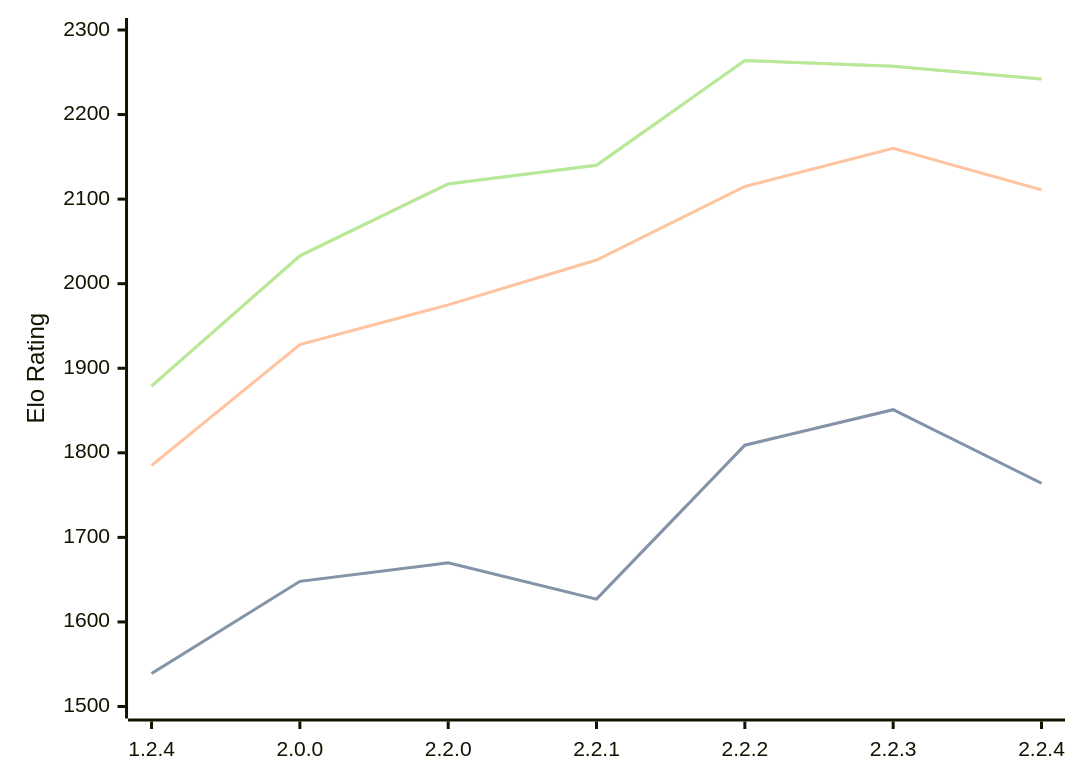
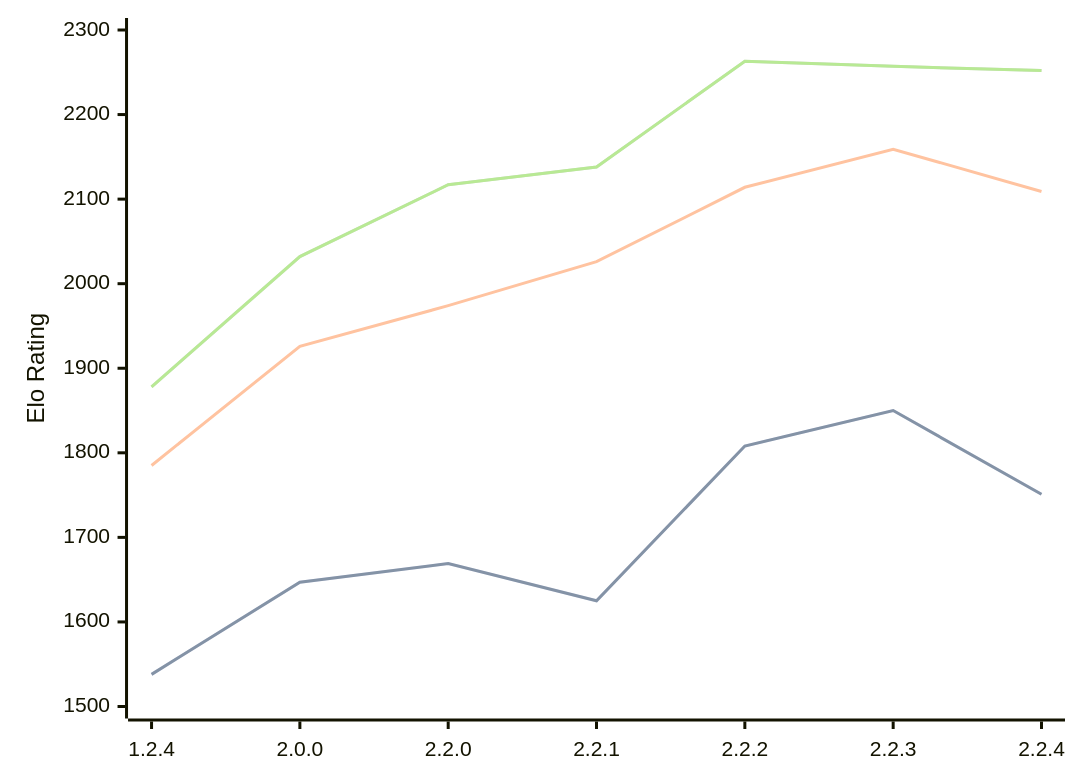
The diagram in engines/Kreveta.md (computer-chess-index/cci), drawn with Mermaid before and after one commit. The commit also changed other lines of this file, not shown here.

Commit message:
Update CCI Ratings (ELO VLTC) - 2026-03-07

````diff
--- a/engines/Kreveta.md
+++ b/engines/Kreveta.md
@@ -38,11 +38,11 @@
 ```mermaid
 %%{init: {"theme":"base","themeVariables":{"seriesColors:['#a3a3a3','#222221','#faa371']}}}%%
 xychart-beta
   x-axis ["1.2.4", "2.0.0", "2.2.0", "2.2.1", "2.2.2", "2.2.3", "2.2.4"]
   y-axis "Elo Rating" 1500 --> 2300
-  line "STC (8.0+0.08s)" [1539, 1648, 1670, 1627, 1809, 1851, 1764]
-  line "STC (8.0+0.08s)" [1539, 1648, 1670, 1627, 1809, 1851, 1764]
-  line "LTC (60.0+0.60s)" [1785, 1928, 1975, 2028, 2115, 2160, 2111]
-  line "VLTC (2m24s+1.12s)" [1879, 2033, 2118, 2140, 2264, 2257, 2242]
-  line "VLTC (2m24s+1.12s)" [1879, 2033, 2118, 2140, 2264, 2257, 2242]
+  line "STC (8.0+0.08s)" [1538, 1647, 1669, 1625, 1808, 1850, 1751]
+  line "STC (8.0+0.08s)" [1538, 1647, 1669, 1625, 1808, 1850, 1751]
+  line "LTC (60.0+0.60s)" [1785, 1926, 1974, 2026, 2114, 2159, 2109]
+  line "VLTC (2m24s+1.12s)" [1878, 2032, 2117, 2138, 2263, 2257, 2252]
+  line "VLTC (2m24s+1.12s)" [1878, 2032, 2117, 2138, 2263, 2257, 2252]
 ```
````
